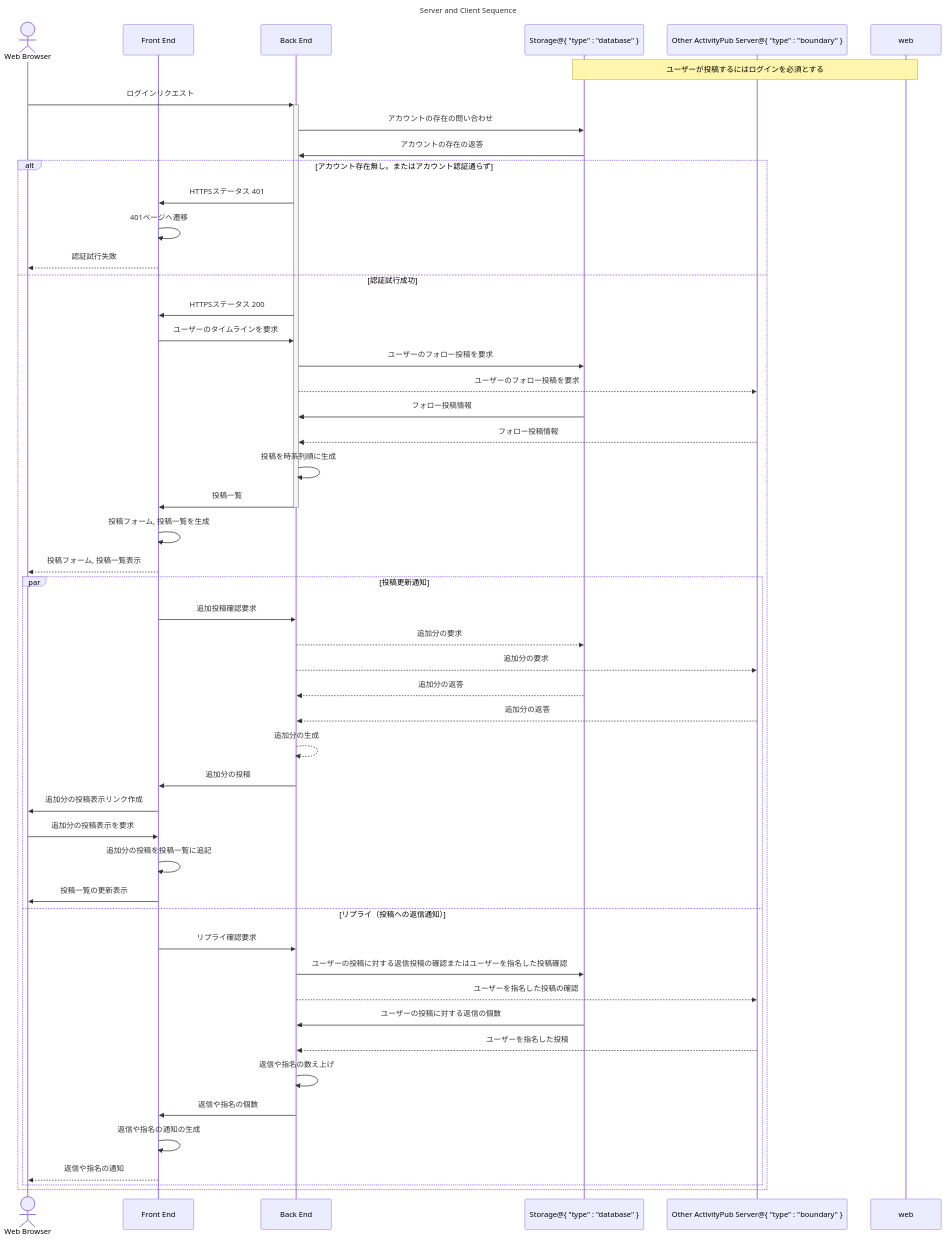
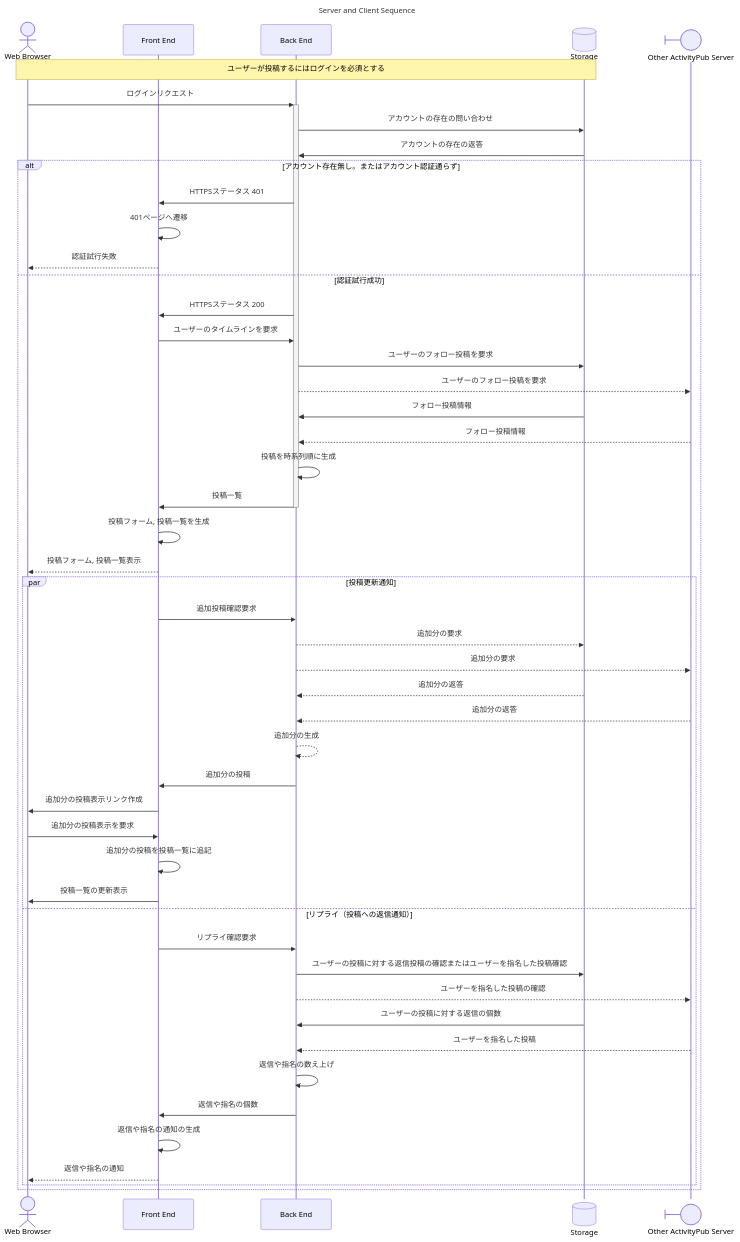
One commit to manzyun/zeronity-01-microblog changed the diagram in docs/fig_srv-crt.mmd. Above: the diagram before and after it, drawn with Mermaid.

Commit message:
[Mod] マークアップが意図通りでは無かった
mermaid.ai で少々手直し

```diff
--- a/docs/fig_srv-crt.mmd
+++ b/docs/fig_srv-crt.mmd
@@ -1,54 +1,54 @@
 ---
 title: Server and Client Sequence
 ---
 sequenceDiagram
     actor user as Web Browser
     participant svelte as Front End
     participant flask as Back End
-    participant db as Storage@{ "type" : "database" }
-    participant other as Other ActivityPub Server@{ "type" : "boundary" }
+    participant db@{ "type" : "database" } as Storage
+    participant other@{ "type" : "boundary" } as Other ActivityPub Server
 
-    Note over web,db: ユーザーが投稿するにはログインを必須とする
+    Note over user,db: ユーザーが投稿するにはログインを必須とする
     user->>+flask: ログインリクエスト
     flask->>db: アカウントの存在の問い合わせ
     db->>flask: アカウントの存在の返答
 
     alt アカウント存在無し。またはアカウント認証通らず
         flask->>svelte: HTTPSステータス 401
         svelte->>svelte: 401ページへ遷移
         svelte-->>user: 認証試行失敗
     else 認証試行成功
         flask->>svelte: HTTPSステータス 200
         svelte->>flask: ユーザーのタイムラインを要求
         flask->>db: ユーザーのフォロー投稿を要求
         flask-->>other: ユーザーのフォロー投稿を要求
         db->>flask: フォロー投稿情報
         other-->>flask: フォロー投稿情報
         flask->>flask: 投稿を時系列順に生成
         flask->>-svelte: 投稿一覧
         svelte->>svelte: 投稿フォーム, 投稿一覧を生成
         svelte-->>user: 投稿フォーム, 投稿一覧表示
         par 投稿更新通知
             svelte->>flask: 追加投稿確認要求
             flask-->>db: 追加分の要求
             flask-->>other: 追加分の要求
             db-->>flask: 追加分の返答
             other-->>flask: 追加分の返答
             flask-->>flask: 追加分の生成
             flask->>svelte: 追加分の投稿
             svelte->>user: 追加分の投稿表示リンク作成
             user->>svelte: 追加分の投稿表示を要求
             svelte->>svelte: 追加分の投稿を投稿一覧に追記
             svelte->>user: 投稿一覧の更新表示
         and リプライ（投稿への返信通知）
             svelte->>flask: リプライ確認要求
             flask->>db: ユーザーの投稿に対する返信投稿の確認またはユーザーを指名した投稿確認
             flask-->>other: ユーザーを指名した投稿の確認
             db->>flask: ユーザーの投稿に対する返信の個数
             other-->>flask: ユーザーを指名した投稿
             flask->>flask: 返信や指名の数え上げ
             flask->>svelte: 返信や指名の個数
             svelte->>svelte: 返信や指名の通知の生成
             svelte-->>user: 返信や指名の通知
         end
     end
```
